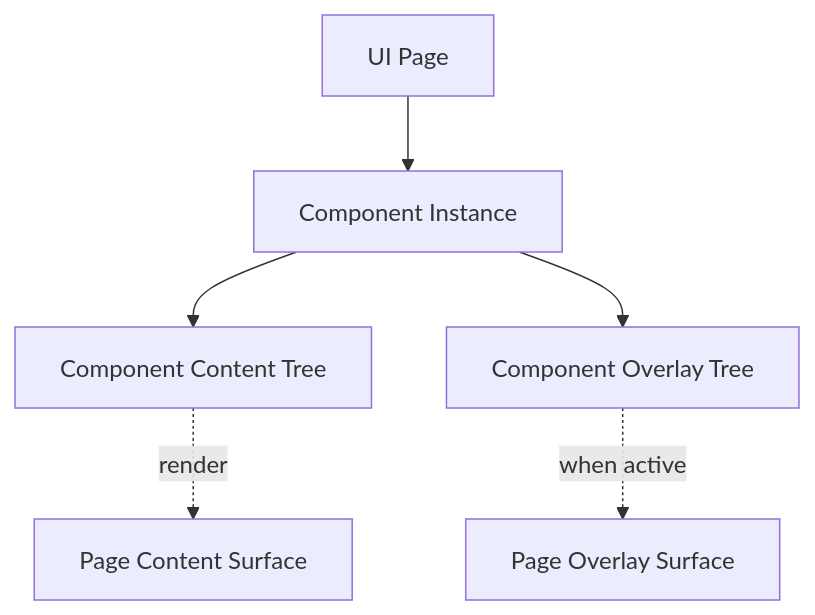
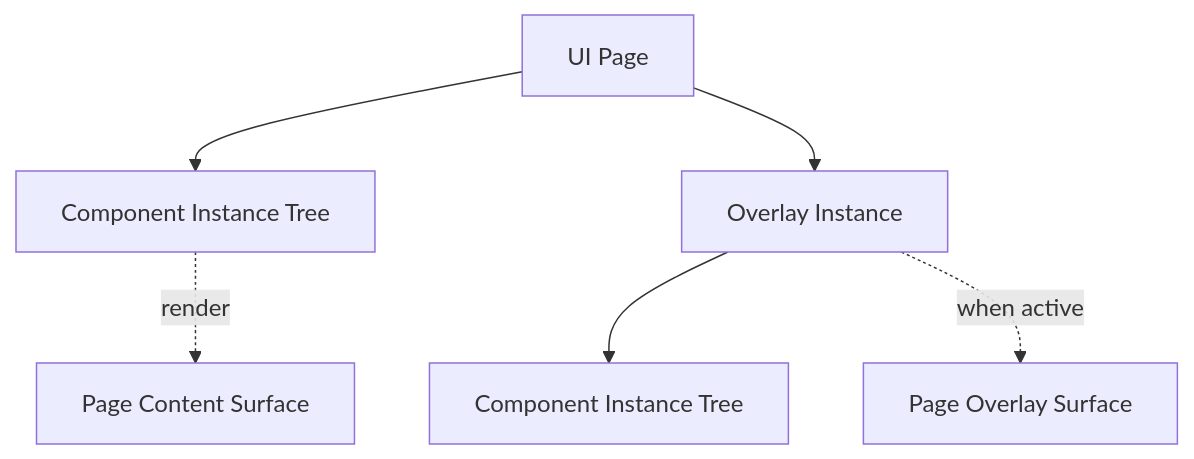
Before and after one commit to northwest-hcu/FlagShip: the third of 6 diagrams in docs/architecture/01-product-overview.md, drawn with Mermaid. The commit also changed other lines of this file and 52 other files, not shown here.

````diff
--- a/docs/architecture/01-product-overview.md
+++ b/docs/architecture/01-product-overview.md
@@ -181,15 +181,14 @@
 ```mermaid
 flowchart TB
     Page["UI Page"]
-    Instance["Component Instance"]
-    Content["Component Content Tree"]
-    Overlay["Component Overlay Tree"]
+    ContentInstance["Component Instance Tree"]
+    OverlayInstance["Overlay Instance"]
+    WrappedInstance["Component Instance Tree"]
     PageContent["Page Content Surface"]
     PageOverlay["Page Overlay Surface"]
 
-    Page --> Instance
-    Instance --> Content
-    Instance --> Overlay
-    Content -.->|"render"| PageContent
-    Overlay -.->|"when active"| PageOverlay
+    Page --> ContentInstance
+    Page --> OverlayInstance --> WrappedInstance
+    ContentInstance -.->|"render"| PageContent
+    OverlayInstance -.->|"when active"| PageOverlay
 ```
````
